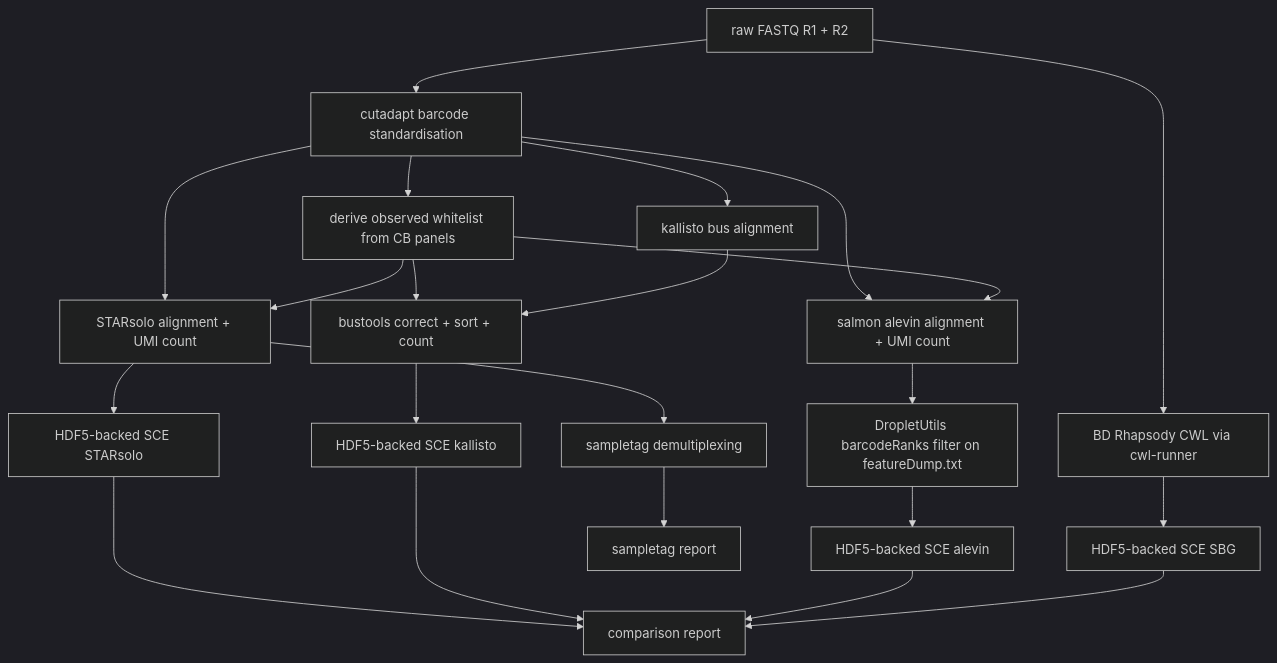
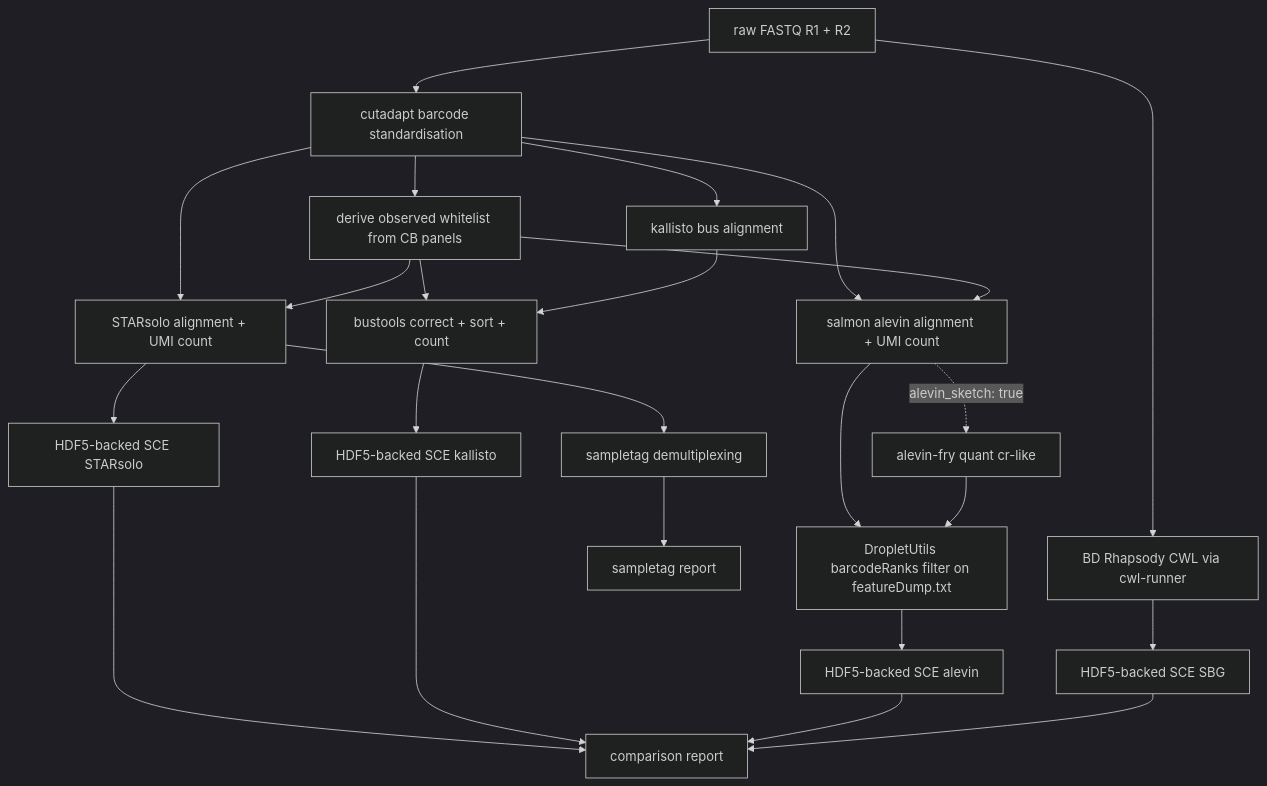
The diagram in README.md (imallona/rhapsodist), drawn with Mermaid (dark theme) before and after one commit. The commit also changed other lines of this file and 9 other files, not shown here.

Commit message:
Switch to alevin-fry if --sketch, split envs into separate units

````diff
--- a/README.md
+++ b/README.md
@@ -13,26 +13,28 @@
 ```mermaid
 flowchart TD
     reads[raw FASTQ R1 + R2] --> cutadapt[cutadapt barcode standardisation]
 
     cutadapt --> wl[derive observed whitelist from CB panels]
     cutadapt --> starsolo[STARsolo alignment + UMI count]
     cutadapt --> kallisto[kallisto bus alignment]
     cutadapt --> alevin[salmon alevin alignment + UMI count]
     reads --> sbg[BD Rhapsody CWL via cwl-runner]
 
     wl --> starsolo
     wl --> bustools[bustools correct + sort + count]
     wl --> alevin
 
     starsolo --> sce_star[HDF5-backed SCE STARsolo]
     kallisto --> bustools
     bustools --> sce_kallisto[HDF5-backed SCE kallisto]
     alevin --> knee[DropletUtils barcodeRanks filter on featureDump.txt]
+    alevin -. alevin_sketch: true .-> fry[alevin-fry quant cr-like]
+    fry --> knee
     knee --> sce_alevin[HDF5-backed SCE alevin]
     sbg --> sce_sbg[HDF5-backed SCE SBG]
 
     sce_star & sce_kallisto & sce_alevin & sce_sbg --> report[comparison report]
 
     starsolo --> sampletags[sampletag demultiplexing]
     sampletags --> st_report[sampletag report]
 ```
````
